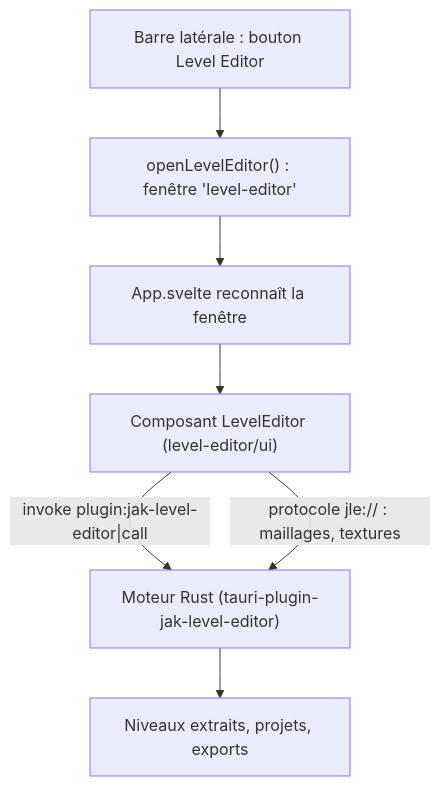
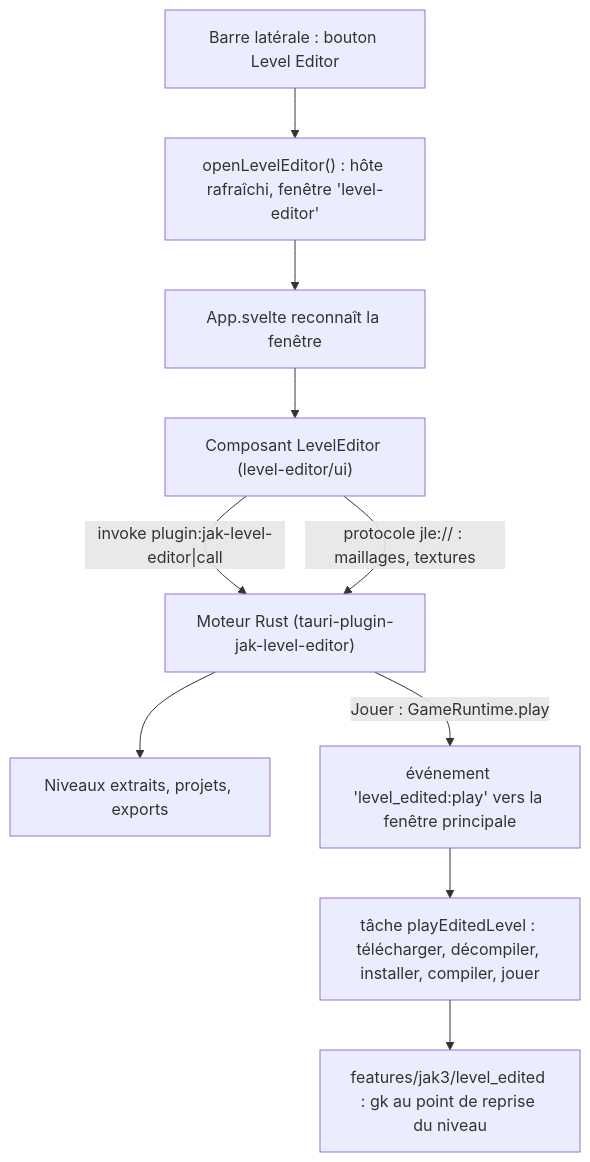
Before and after one commit to whozghiar/open-goal-launcher: the second of 2 diagrams in docs/features_ai/features_level_editor.md, drawn with Mermaid. The commit also changed other lines of this file and 22 other files, not shown here.

````diff
--- a/docs/features_ai/features_level_editor.md
+++ b/docs/features_ai/features_level_editor.md
@@ -165,9 +312,12 @@
 ```mermaid
 flowchart TD
-  A["Barre latérale : bouton Level Editor"] --> B["openLevelEditor() : fenêtre 'level-editor'"]
+  A["Barre latérale : bouton Level Editor"] --> B["openLevelEditor() : hôte rafraîchi, fenêtre 'level-editor'"]
   B --> C["App.svelte reconnaît la fenêtre"]
   C --> D["Composant LevelEditor (level-editor/ui)"]
   D -->|"invoke plugin:jak-level-editor|call"| E["Moteur Rust (tauri-plugin-jak-level-editor)"]
   D -->|"protocole jle:// : maillages, textures"| E
   E --> F["Niveaux extraits, projets, exports"]
+  E -->|"Jouer : GameRuntime.play"| G["événement 'level_edited:play' vers la fenêtre principale"]
+  G --> H["tâche playEditedLevel : télécharger, décompiler, installer, compiler, jouer"]
+  H --> I["features/jak3/level_edited : gk au point de reprise du niveau"]
 ```
````
